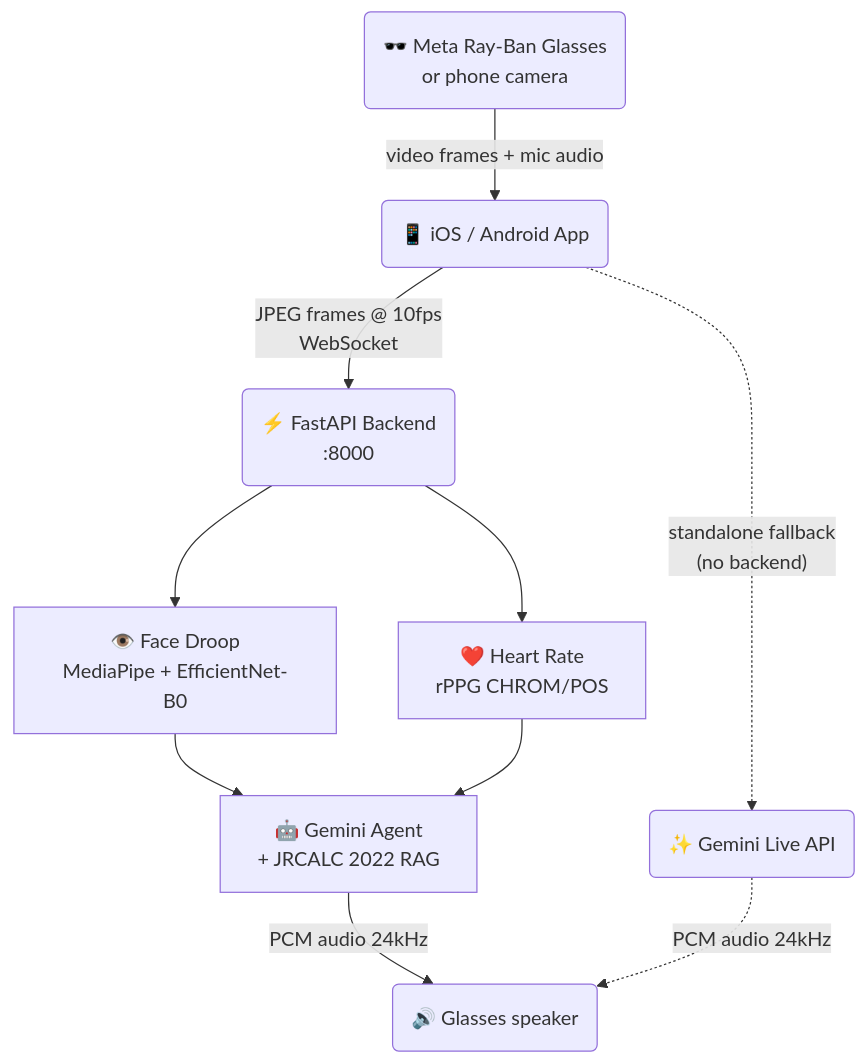
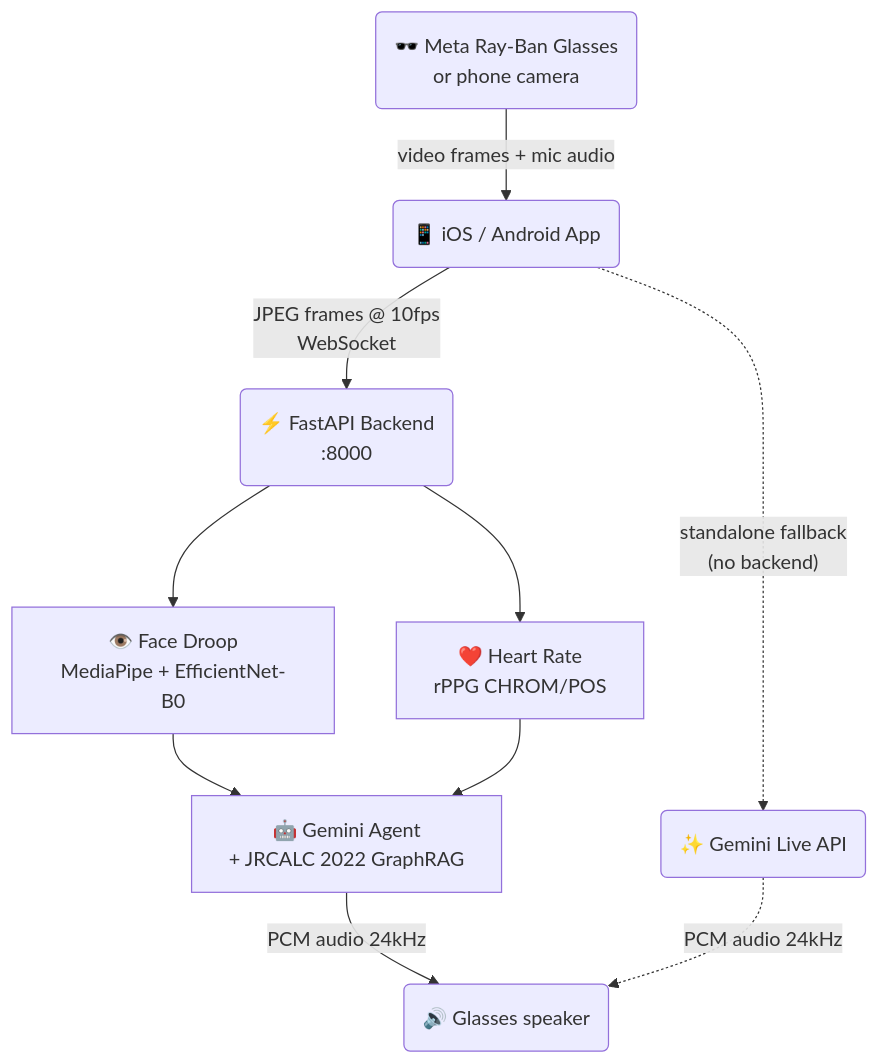
The first of 2 diagrams in README.md (safishamsi/FirstSight), drawn with Mermaid before and after one commit. The commit also changed other lines of this file, not shown here.

Commit message:
Replace RAG with GraphRAG in all descriptive text, add MIT license with full author names

````diff
--- a/README.md
+++ b/README.md
@@ -281,13 +281,13 @@
 ```mermaid
 flowchart TD
     A("🕶️ Meta Ray-Ban Glasses\nor phone camera") -->|video frames + mic audio| B("📱 iOS / Android App")
     B -->|"JPEG frames @ 10fps\nWebSocket"| C("⚡ FastAPI Backend\n:8000")
     C --> D["👁️ Face Droop\nMediaPipe + EfficientNet-B0"]
     C --> E["❤️ Heart Rate\nrPPG CHROM/POS"]
-    D --> F["🤖 Gemini Agent\n+ JRCALC 2022 RAG"]
+    D --> F["🤖 Gemini Agent\n+ JRCALC 2022 GraphRAG"]
     E --> F
     F -->|"PCM audio 24kHz"| G("🔊 Glasses speaker")
 
     B -.->|"standalone fallback\n(no backend)"| H("✨ Gemini Live API")
     H -.->|"PCM audio 24kHz"| G
 ```
````
